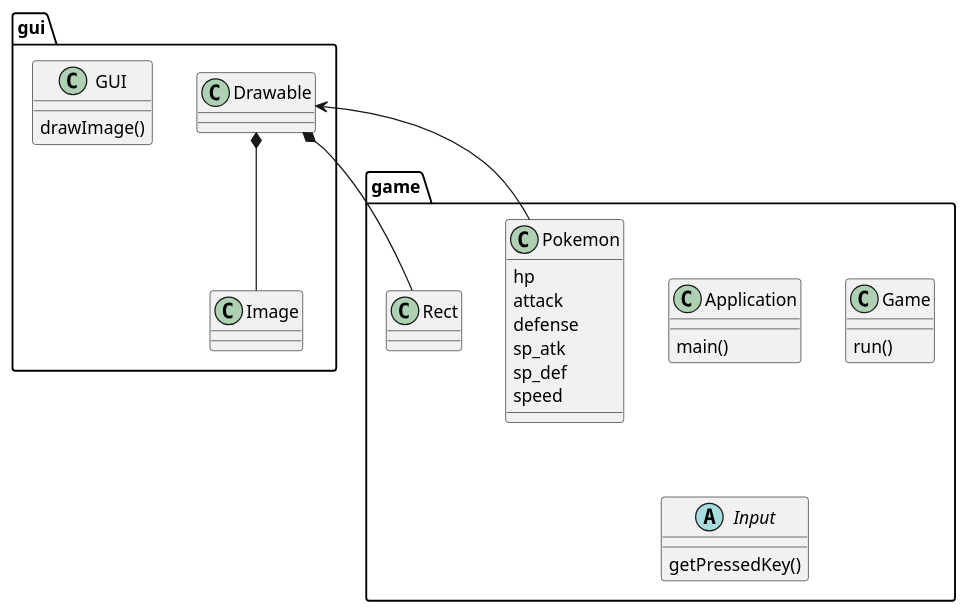
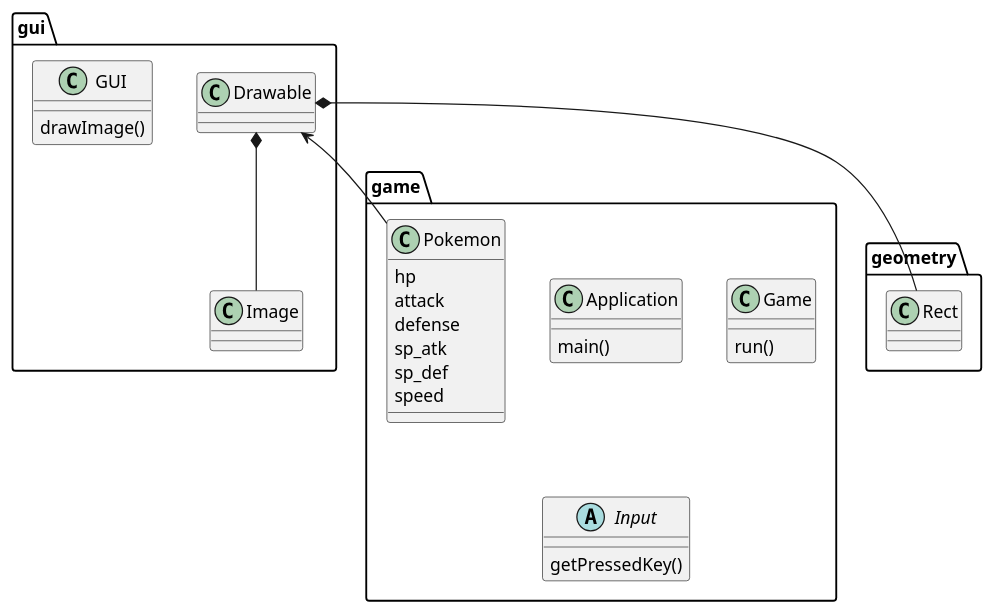
The diagram in uml.puml (Educorreia932/FEUP-LPOO), drawn with PlantUML before and after one commit. The commit also changed 9 other files, not shown here.

```diff
--- a/uml.puml
+++ b/uml.puml
@@ -1,40 +1,40 @@
 @startuml
 
 package gui {
     class Drawable 
 
     class GUI {
         drawImage()
     }
 
     class Image
 }
 
 class game.Application {
     main()
 }
 
 class game.Game {
     run()
 }
 
 abstract class game.Input {
     getPressedKey()
 }
 
 class game.Pokemon {
     hp
     attack
     defense
     sp_atk
     sp_def
     speed
 }
 
-class game.Rect
+class geometry.Rect
  
 Drawable *-- Image
-Drawable *-- game.Rect
+Drawable *-- geometry.Rect
 Drawable <-- game.Pokemon
 
 @enduml
```
